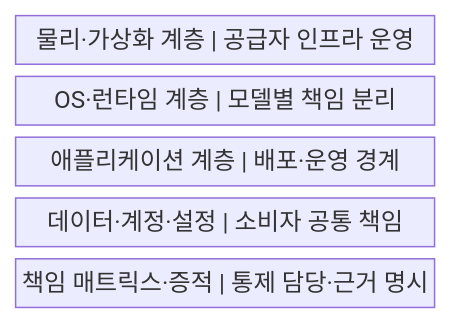
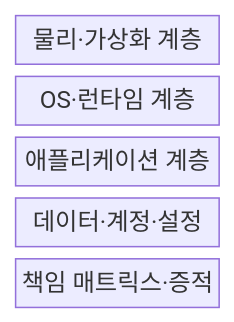
One commit to agnusdei1207/knowledge-base changed the first of 2 diagrams in src/content/docs/notes/03-software/141_cloud_service_models.md. Above: the diagram before and after it, drawn with Mermaid. The commit also changed other lines of this file and 238 other files, not shown here.

````diff
--- a/src/content/docs/notes/03-software/141_cloud_service_models.md
+++ b/src/content/docs/notes/03-software/141_cloud_service_models.md
@@ -57,9 +57,9 @@
 ```mermaid
-block
+block-beta
     columns 1
-    A["물리·가상화 계층 | 공급자 인프라 운영"]
-    B["OS·런타임 계층 | 모델별 책임 분리"]
-    C["애플리케이션 계층 | 배포·운영 경계"]
-    D["데이터·계정·설정 | 소비자 공통 책임"]
-    E["책임 매트릭스·증적 | 통제 담당·근거 명시"]
+    A["물리·가상화 계층"]
+    B["OS·런타임 계층"]
+    C["애플리케이션 계층"]
+    D["데이터·계정·설정"]
+    E["책임 매트릭스·증적"]
 ```
````
